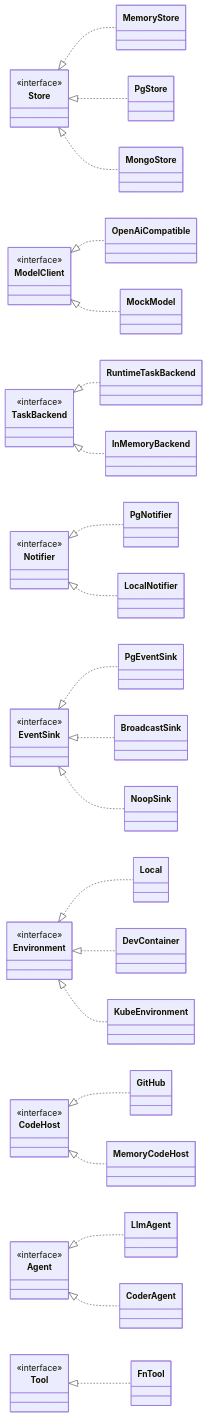
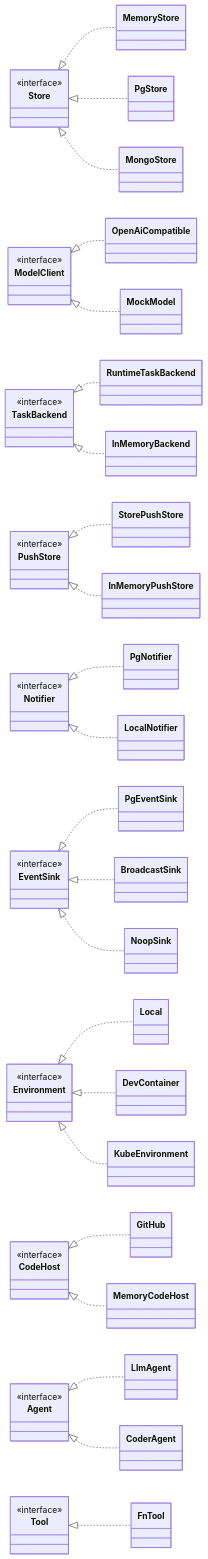
Before and after one commit to vymalo/another-adam-rs: the second of 15 diagrams in docs/architecture.md, drawn with Mermaid. The commit also changed other lines of this file and 84 other files, not shown here.

````diff
--- a/docs/architecture.md
+++ b/docs/architecture.md
@@ -145,33 +145,36 @@
 ```mermaid
 classDiagram
     direction LR
     class Store { <<interface>> }
     Store <|.. MemoryStore
     Store <|.. PgStore
     Store <|.. MongoStore
     class ModelClient { <<interface>> }
     ModelClient <|.. OpenAiCompatible
     ModelClient <|.. MockModel
     class TaskBackend { <<interface>> }
     TaskBackend <|.. RuntimeTaskBackend
     TaskBackend <|.. InMemoryBackend
+    class PushStore { <<interface>> }
+    PushStore <|.. StorePushStore
+    PushStore <|.. InMemoryPushStore
     class Notifier { <<interface>> }
     Notifier <|.. PgNotifier
     Notifier <|.. LocalNotifier
     class EventSink { <<interface>> }
     EventSink <|.. PgEventSink
     EventSink <|.. BroadcastSink
     EventSink <|.. NoopSink
     class Environment { <<interface>> }
     Environment <|.. Local
     Environment <|.. DevContainer
     Environment <|.. KubeEnvironment
     class CodeHost { <<interface>> }
     CodeHost <|.. GitHub
     CodeHost <|.. MemoryCodeHost
     class Agent { <<interface>> }
     Agent <|.. LlmAgent
     Agent <|.. CoderAgent
     class Tool { <<interface>> }
     Tool <|.. FnTool
 ```
````
